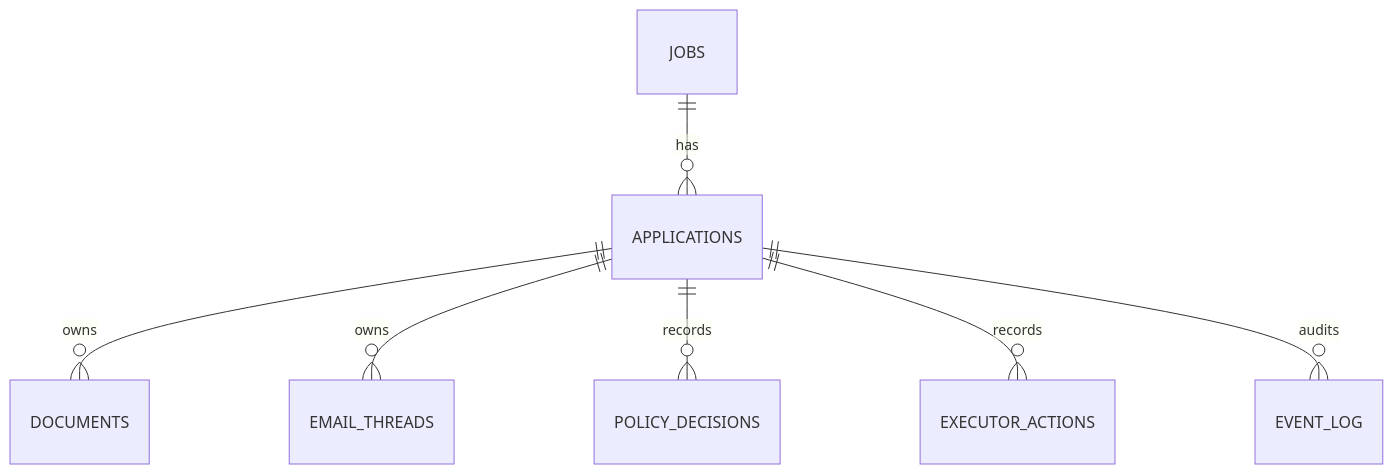
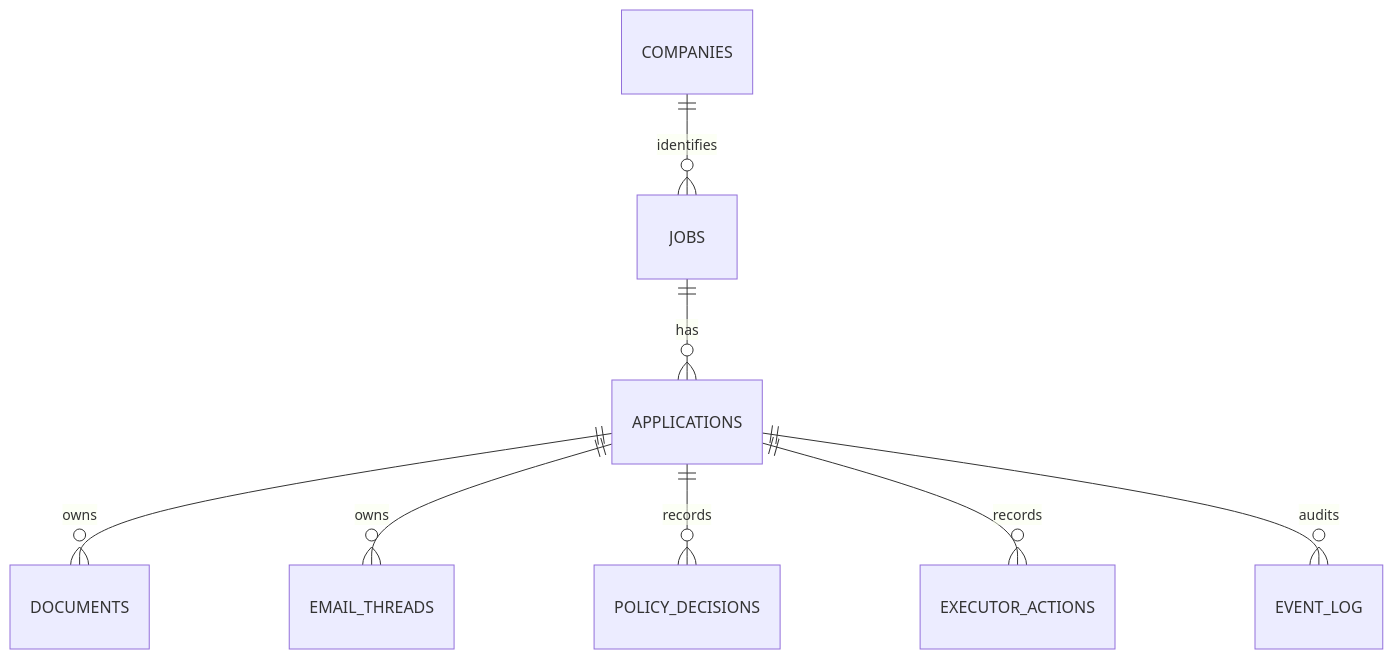
The diagram in docs/architecture/current-data-model.md (NicolayBang/ApplyGo), drawn with Mermaid before and after one commit. The commit also changed other lines of this file and 4 other files, not shown here.

Commit message:
feat(db): add M3 company identity schema (#163)

````diff
--- a/docs/architecture/current-data-model.md
+++ b/docs/architecture/current-data-model.md
@@ -43,9 +45,10 @@
 ```mermaid
 erDiagram
+    COMPANIES ||--o{ JOBS : identifies
     JOBS ||--o{ APPLICATIONS : has
     APPLICATIONS ||--o{ DOCUMENTS : owns
     APPLICATIONS ||--o{ EMAIL_THREADS : owns
     APPLICATIONS ||--o{ POLICY_DECISIONS : records
     APPLICATIONS ||--o{ EXECUTOR_ACTIONS : records
     APPLICATIONS ||--o{ EVENT_LOG : audits
 ```
````
